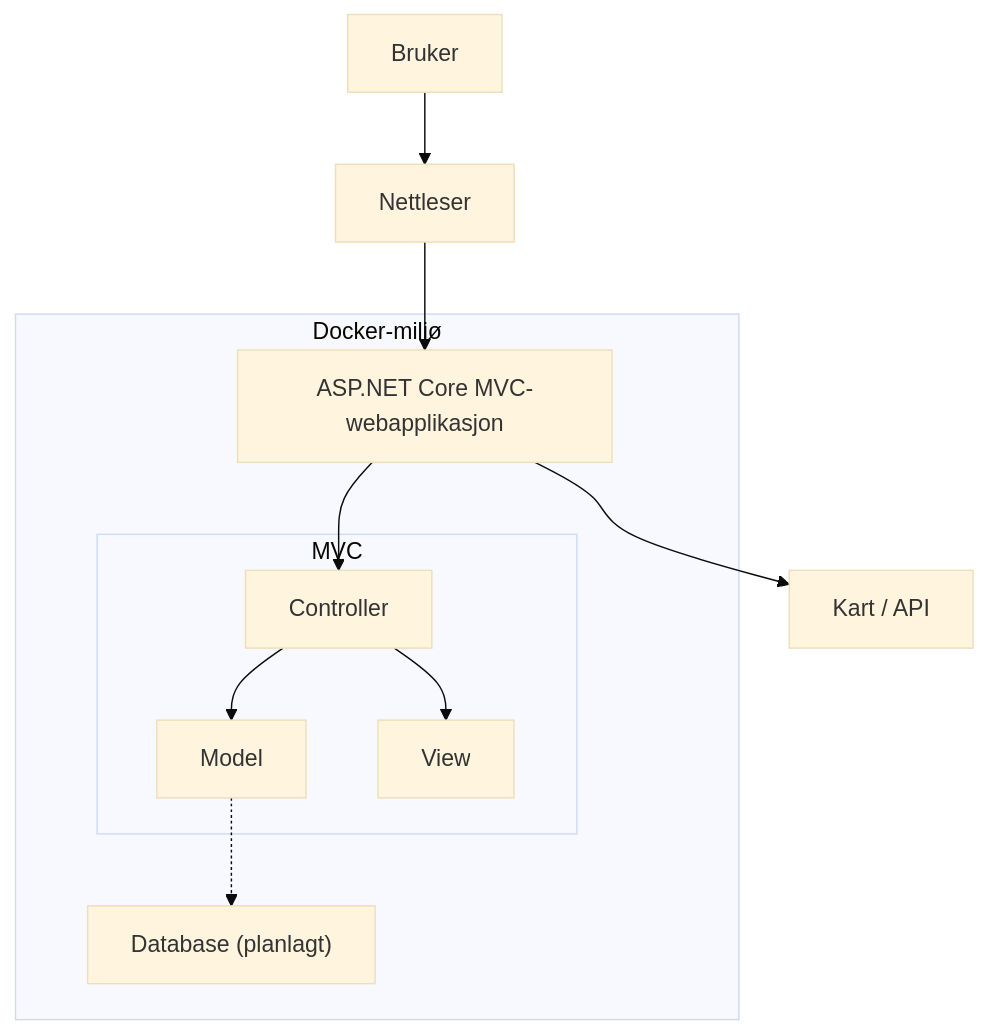
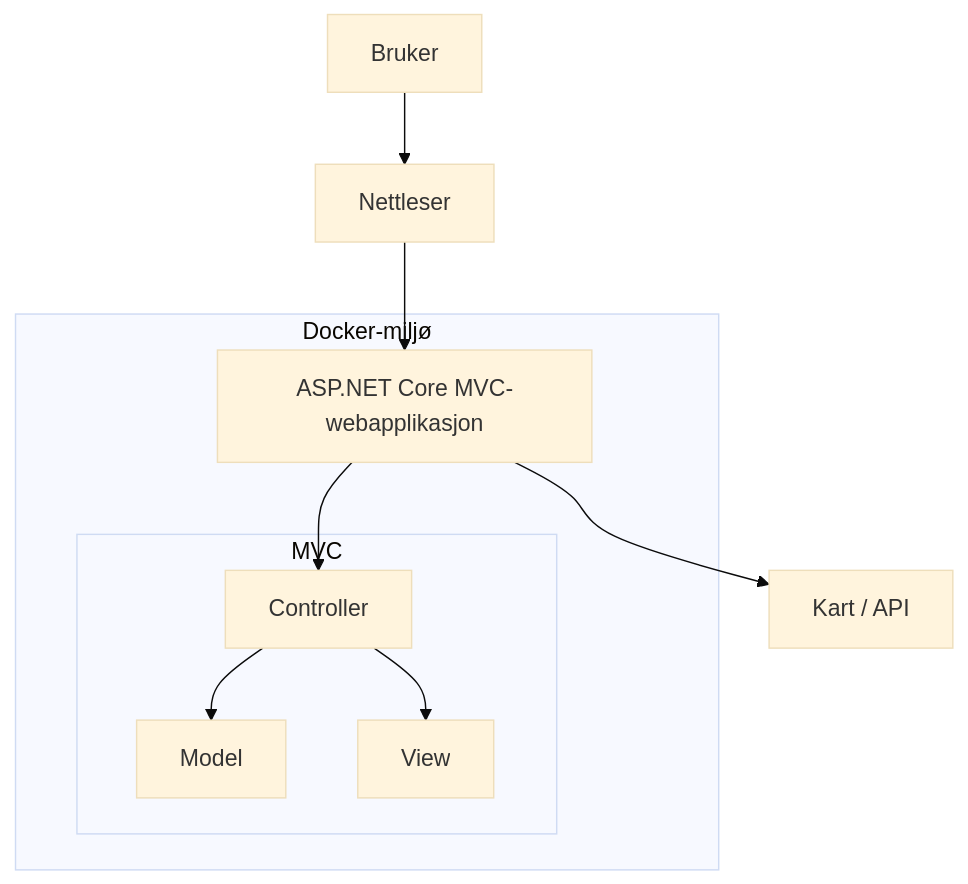
One commit to IS99NotFound/H-st-2026-Gruppe-1 changed the diagram in README.md. Above: the diagram before and after it, drawn with Mermaid (base theme). The commit also changed other lines of this file, not shown here.

````diff
--- a/README.md
+++ b/README.md
@@ -25,25 +77,22 @@
 ```mermaid
 flowchart TD
     Bruker["Bruker"] --> Nettleser["Nettleser"]
 
     subgraph Docker["Docker-miljø"]
         App["ASP.NET Core MVC-webapplikasjon"]
 
         subgraph MVC["MVC"]
             Controller["Controller"]
             Model["Model"]
             View["View"]
         end
 
-        Database["Database (planlagt)"]
-
         App --> Controller
         Controller --> Model
         Controller --> View
-        Model -.-> Database
     end
 
     Nettleser --> App
 
     App --> KartAPI["Kart / API"]
 ```
````
